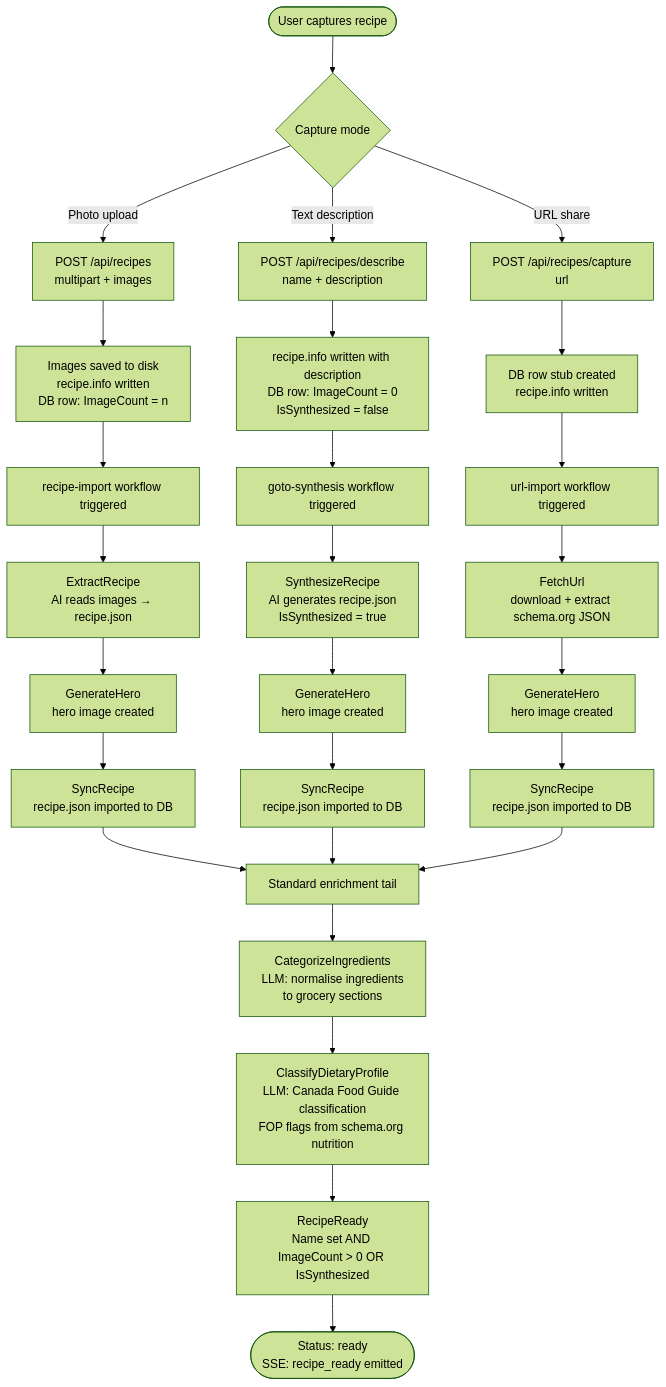
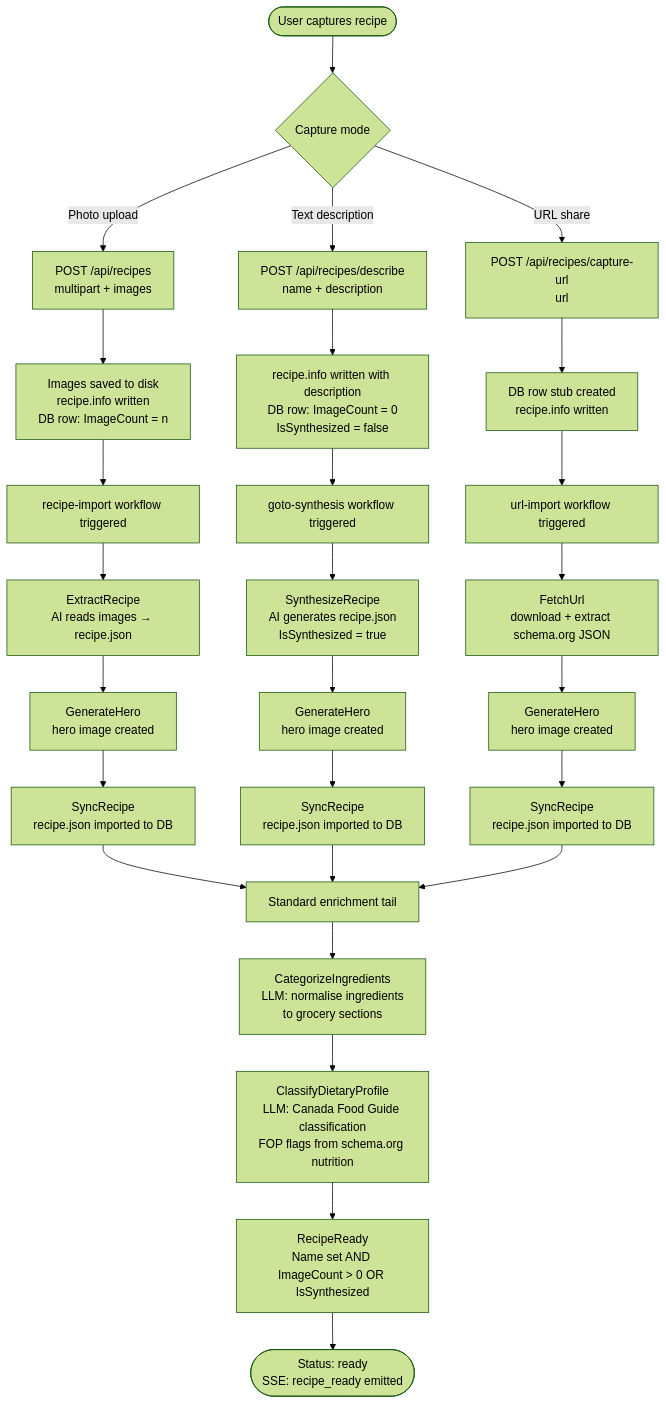
The diagram in docs/flows/data-flows/recipe-readiness.md (AlexandreBrisebois/whats-for-supper), drawn with Mermaid (forest theme) before and after one commit. The commit also changed 24 other files, not shown here.

````diff
--- a/docs/flows/data-flows/recipe-readiness.md
+++ b/docs/flows/data-flows/recipe-readiness.md
@@ -58,38 +58,38 @@
 ```mermaid
 flowchart TD
     A([User captures recipe]) --> B{Capture mode}
 
     B -->|Photo upload| C[POST /api/recipes\nmultipart + images]
     B -->|Text description| D[POST /api/recipes/describe\nname + description]
-    B -->|URL share| E[POST /api/recipes/capture\nurl]
+    B -->|URL share| E[POST /api/recipes/capture-url\nurl]
 
     C --> C1[Images saved to disk\nrecipe.info written\nDB row: ImageCount = n]
     D --> D1[recipe.info written with description\nDB row: ImageCount = 0\nIsSynthesized = false]
     E --> E1[DB row stub created\nrecipe.info written]
 
     C1 --> G[recipe-import workflow triggered]
     D1 --> H[goto-synthesis workflow triggered]
     E1 --> I[url-import workflow triggered]
 
     G --> G1[ExtractRecipe\nAI reads images → recipe.json]
     G1 --> G2[GenerateHero\nhero image created]
     G2 --> G3[SyncRecipe\nrecipe.json imported to DB]
 
     H --> H1[SynthesizeRecipe\nAI generates recipe.json\nIsSynthesized = true]
     H1 --> H2[GenerateHero\nhero image created]
     H2 --> H3[SyncRecipe\nrecipe.json imported to DB]
 
     I --> I1[FetchUrl\ndownload + extract schema.org JSON]
     I1 --> I2[GenerateHero\nhero image created]
     I2 --> I3[SyncRecipe\nrecipe.json imported to DB]
 
     G3 --> TAIL[Standard enrichment tail]
     H3 --> TAIL
     I3 --> TAIL
 
     TAIL --> T1[CategorizeIngredients\nLLM: normalise ingredients\nto grocery sections]
     T1 --> T2[ClassifyDietaryProfile\nLLM: Canada Food Guide classification\nFOP flags from schema.org nutrition]
     T2 --> T3[RecipeReady\nName set AND ImageCount > 0 OR IsSynthesized]
 
     T3 --> R([Status: ready\nSSE: recipe_ready emitted])
 ```
````
